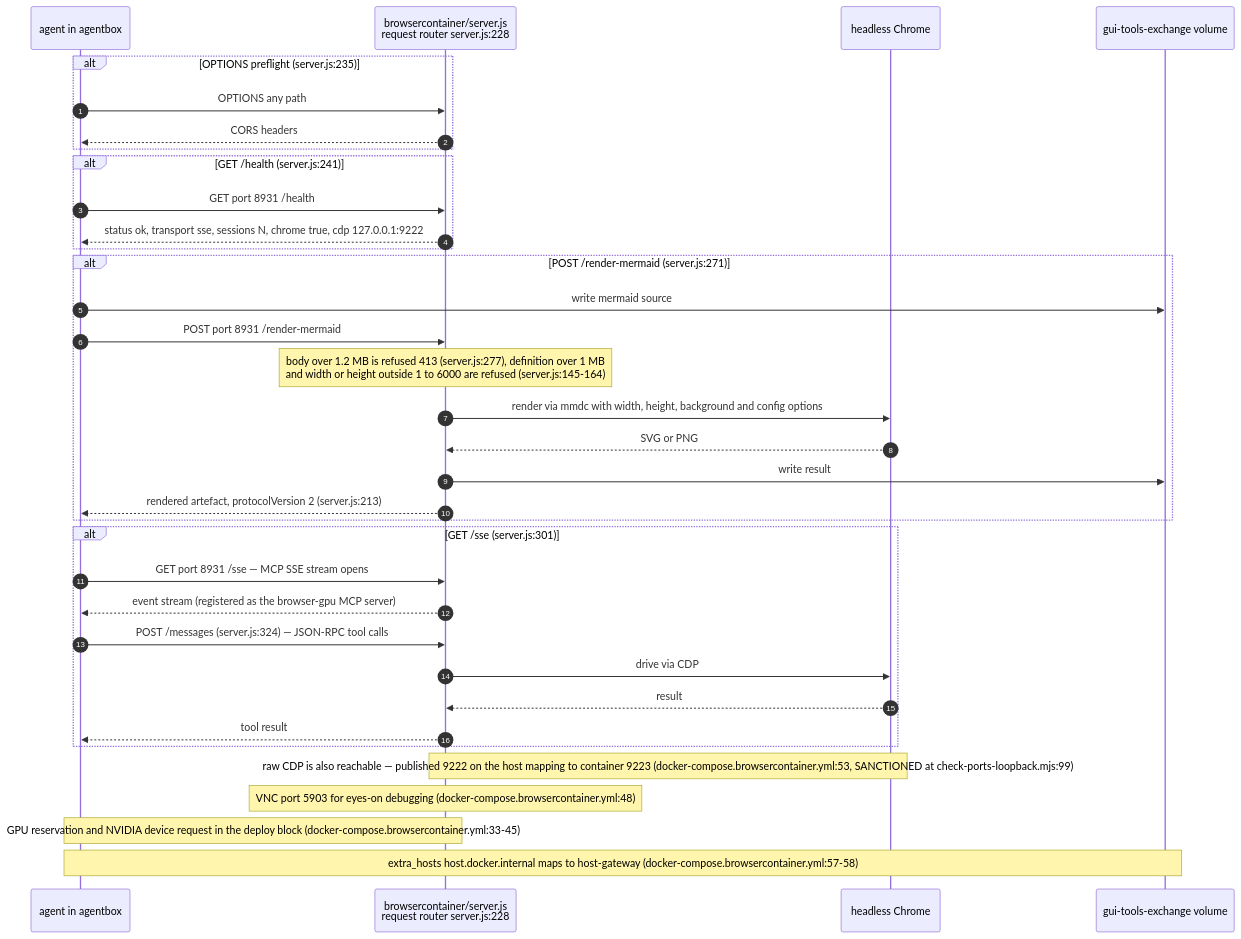
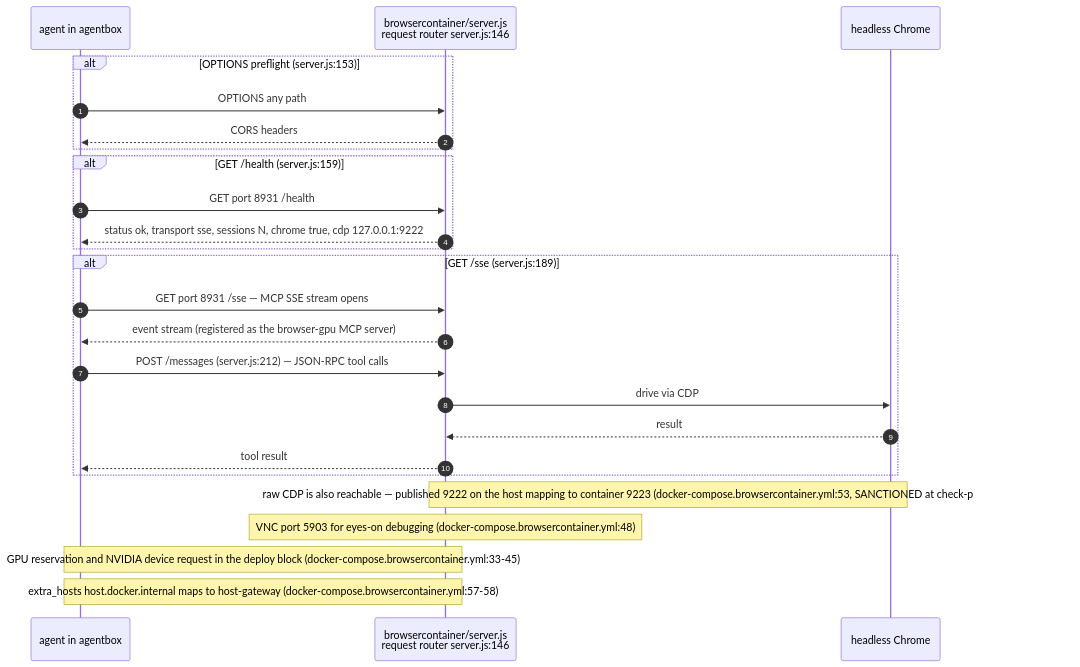
Before and after one commit to DreamLab-AI/VisionFlow: the fourth of 14 diagrams in docs/diagrams/agentbox/06-sidecars-and-compose-overlays.md, drawn with Mermaid. The commit also changed other lines of this file and 145 other files, not shown here.

````diff
--- a/docs/diagrams/agentbox/06-sidecars-and-compose-overlays.md
+++ b/docs/diagrams/agentbox/06-sidecars-and-compose-overlays.md
@@ -129,38 +130,28 @@
 ```mermaid
 sequenceDiagram
     autonumber
     participant A as agent in agentbox
-    participant S as browsercontainer/server.js<br/>request router server.js:228
+    participant S as browsercontainer/server.js<br/>request router server.js:146
     participant CH as headless Chrome
-    participant V as gui-tools-exchange volume
 
-    alt OPTIONS preflight (server.js:235)
+    alt OPTIONS preflight (server.js:153)
         A->>S: OPTIONS any path
         S-->>A: CORS headers
     end
-    alt GET /health (server.js:241)
+    alt GET /health (server.js:159)
         A->>S: GET port 8931 /health
         S-->>A: status ok, transport sse, sessions N, chrome true, cdp 127.0.0.1:9222
     end
-    alt POST /render-mermaid (server.js:271)
-        A->>V: write mermaid source
-        A->>S: POST port 8931 /render-mermaid
-        Note over S: body over 1.2 MB is refused 413 (server.js:277), definition over 1 MB<br/>and width or height outside 1 to 6000 are refused (server.js:145-164)
-        S->>CH: render via mmdc with width, height, background and config options
-        CH-->>S: SVG or PNG
-        S->>V: write result
-        S-->>A: rendered artefact, protocolVersion 2 (server.js:213)
-    end
-    alt GET /sse (server.js:301)
+    alt GET /sse (server.js:189)
         A->>S: GET port 8931 /sse — MCP SSE stream opens
         S-->>A: event stream (registered as the browser-gpu MCP server)
-        A->>S: POST /messages (server.js:324) — JSON-RPC tool calls
+        A->>S: POST /messages (server.js:212) — JSON-RPC tool calls
         S->>CH: drive via CDP
         CH-->>S: result
         S-->>A: tool result
     end
     Note over S,CH: raw CDP is also reachable — published 9222 on the host mapping to container 9223 (docker-compose.browsercontainer.yml:53, SANCTIONED at check-ports-loopback.mjs:99)
     Note over S: VNC port 5903 for eyes-on debugging (docker-compose.browsercontainer.yml:48)
     Note over A,S: GPU reservation and NVIDIA device request in the deploy block (docker-compose.browsercontainer.yml:33-45)
-    Note over A,V: extra_hosts host.docker.internal maps to host-gateway (docker-compose.browsercontainer.yml:57-58)
+    Note over A,S: extra_hosts host.docker.internal maps to host-gateway (docker-compose.browsercontainer.yml:57-58)
 ```
````
